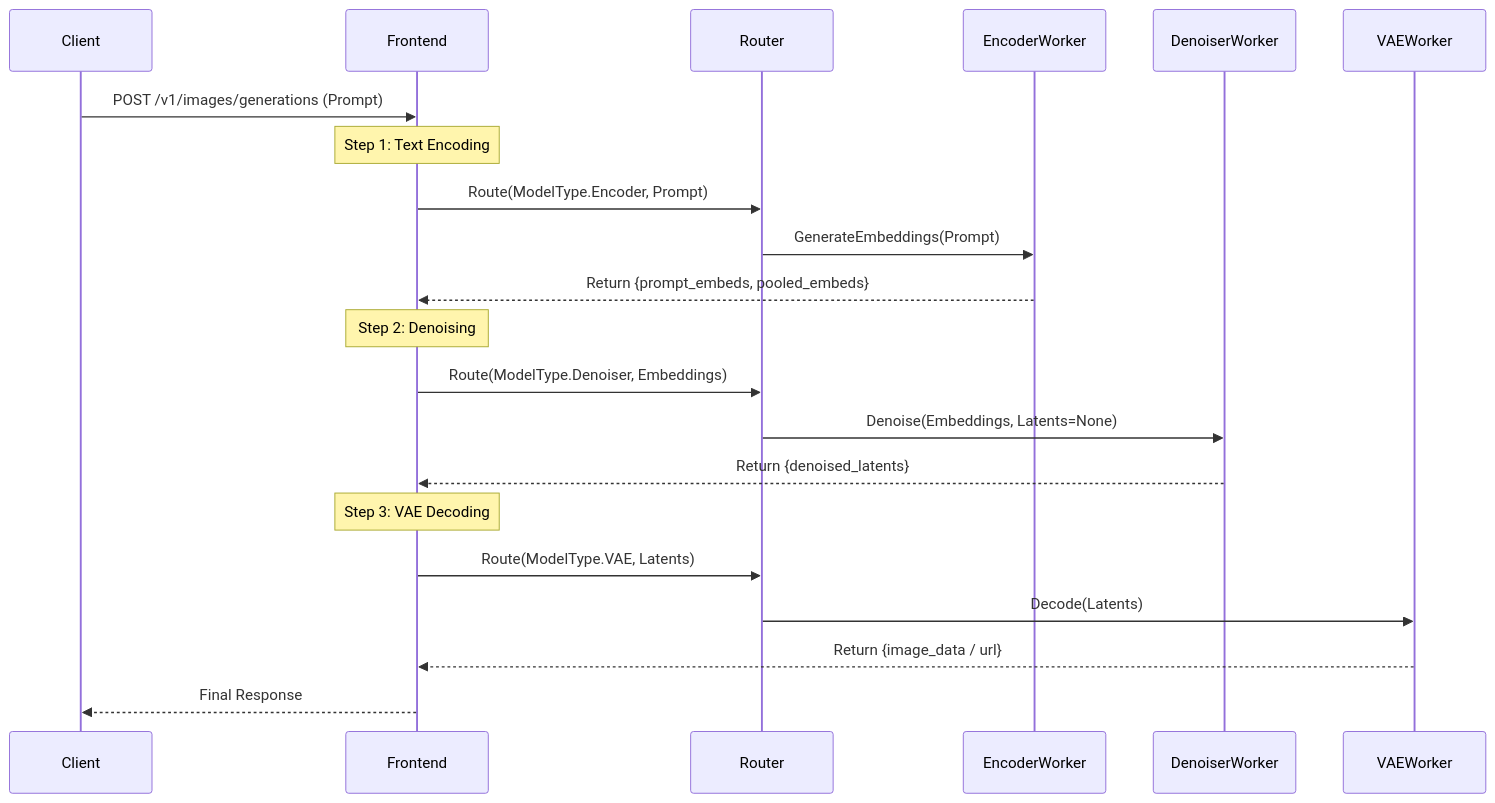
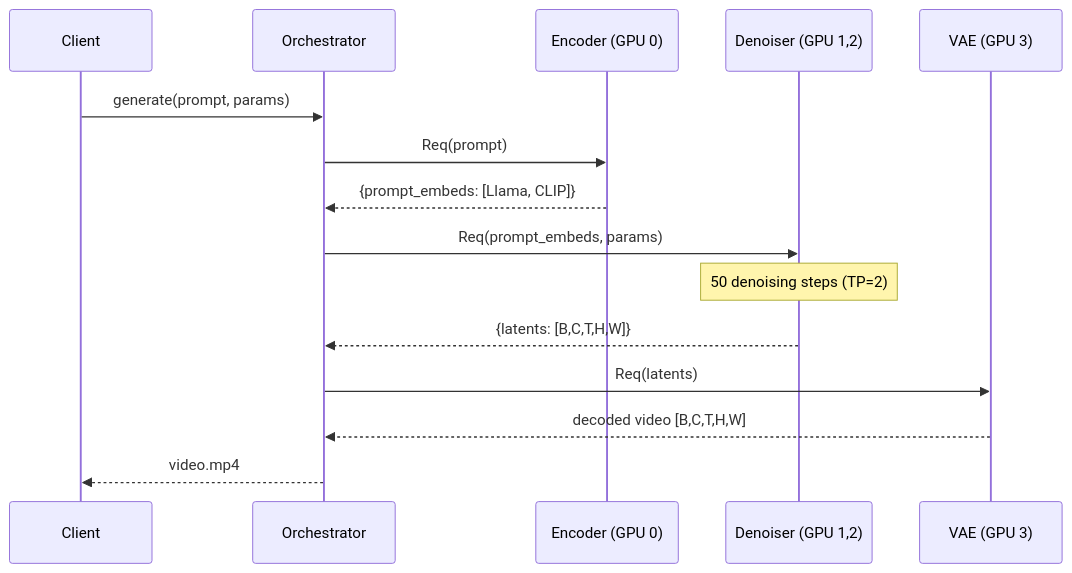
The diagram in docs/design/disaggregated_diffusion.md (ai-dynamo/dynamo), drawn with Mermaid before and after one commit. The commit also changed other lines of this file and 1 other file, not shown here.

First line of the commit message:
docs: update disagg diffusion design doc and README for HunyuanVideo

````diff
--- a/docs/design/disaggregated_diffusion.md
+++ b/docs/design/disaggregated_diffusion.md
@@ -35,28 +43,22 @@
 ```mermaid
 sequenceDiagram
     participant Client
-    participant Frontend
-    participant Router
-    participant EncoderWorker
-    participant DenoiserWorker
-    participant VAEWorker
+    participant Orchestrator
+    participant Encoder as Encoder (GPU 0)
+    participant Denoiser as Denoiser (GPU 1,2)
+    participant VAE as VAE (GPU 3)
 
-    Client->>Frontend: POST /v1/images/generations (Prompt)
-    
-    Note over Frontend: Step 1: Text Encoding
-    Frontend->>Router: Route(ModelType.Encoder, Prompt)
-    Router->>EncoderWorker: GenerateEmbeddings(Prompt)
-    EncoderWorker-->>Frontend: Return {prompt_embeds, pooled_embeds}
-    
-    Note over Frontend: Step 2: Denoising
-    Frontend->>Router: Route(ModelType.Denoiser, Embeddings)
-    Router->>DenoiserWorker: Denoise(Embeddings, Latents=None)
-    DenoiserWorker-->>Frontend: Return {denoised_latents}
-    
-    Note over Frontend: Step 3: VAE Decoding
-    Frontend->>Router: Route(ModelType.VAE, Latents)
-    Router->>VAEWorker: Decode(Latents)
-    VAEWorker-->>Frontend: Return {image_data / url}
-    
-    Frontend-->>Client: Final Response
+    Client->>Orchestrator: generate(prompt, params)
+
+    Orchestrator->>Encoder: Req(prompt)
+    Encoder-->>Orchestrator: {prompt_embeds: [Llama, CLIP]}
+
+    Orchestrator->>Denoiser: Req(prompt_embeds, params)
+    Note over Denoiser: 50 denoising steps (TP=2)
+    Denoiser-->>Orchestrator: {latents: [B,C,T,H,W]}
+
+    Orchestrator->>VAE: Req(latents)
+    VAE-->>Orchestrator: decoded video [B,C,T,H,W]
+
+    Orchestrator-->>Client: video.mp4
 ```
````
